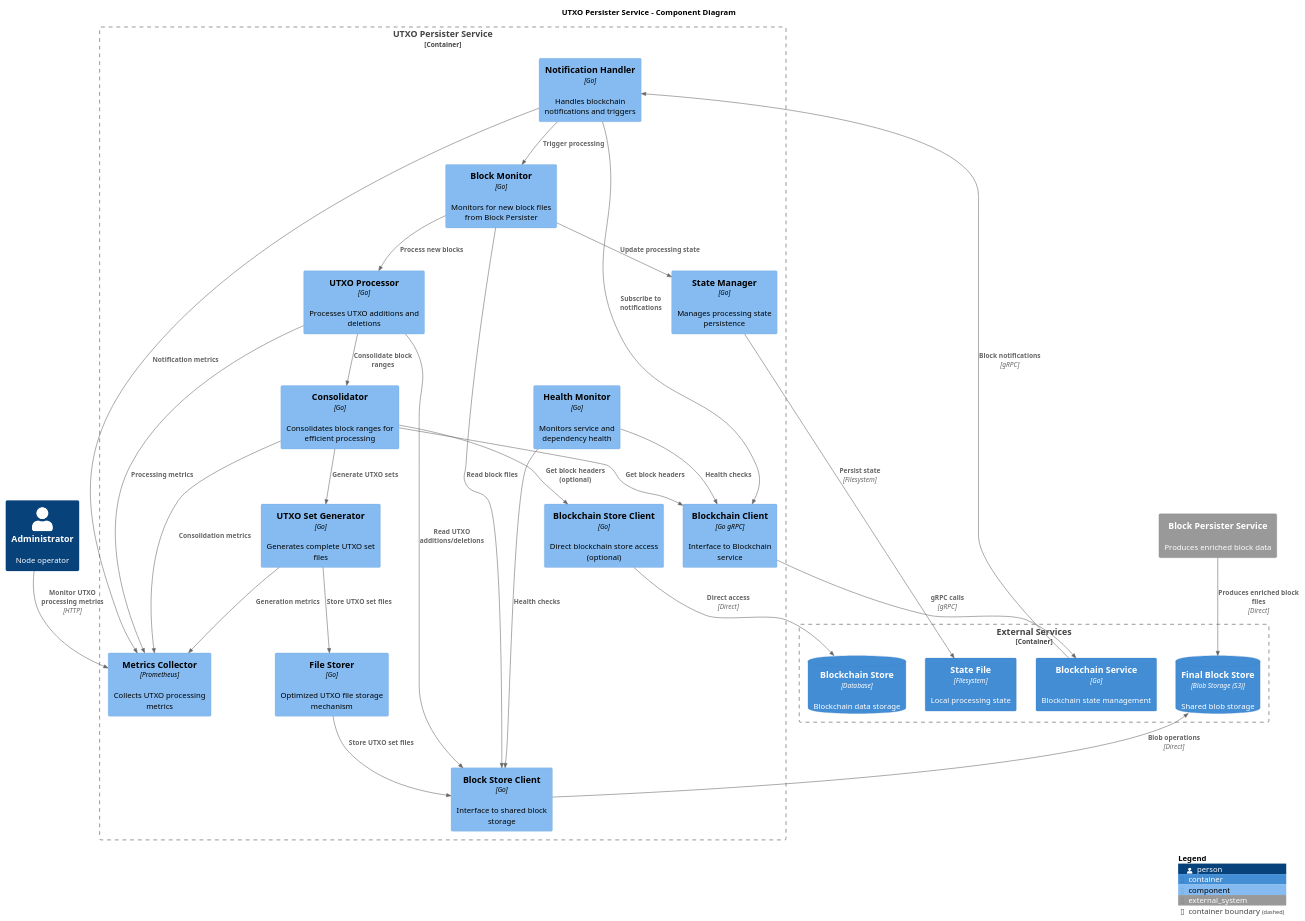
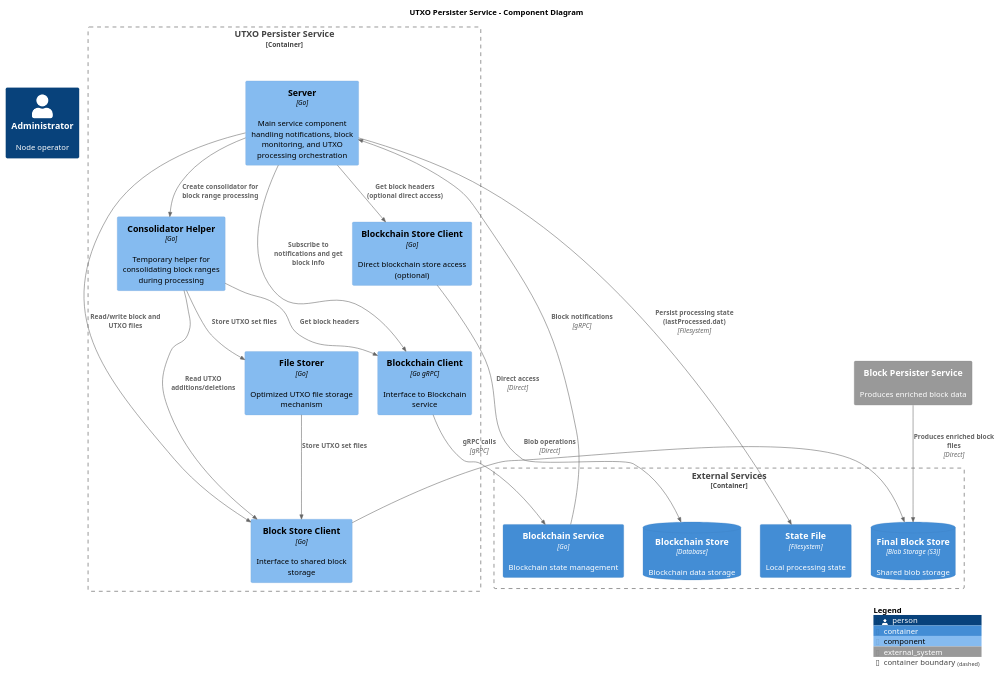
Before and after one commit to icellan/teranode: the diagram in topics/services/img/plantuml/utxopersister/utxo_persister_detailed_component.puml, drawn with PlantUML. The commit also changed 169 other files, not shown here.

```diff
--- a/topics/services/img/plantuml/utxopersister/utxo_persister_detailed_component.puml
+++ b/topics/services/img/plantuml/utxopersister/utxo_persister_detailed_component.puml
@@ -23,127 +23,85 @@
 @startuml UTXO_Persister_Component
 
 !include https://raw.githubusercontent.com/plantuml-stdlib/C4-PlantUML/master/C4_Component.puml
 
 title UTXO Persister Service - Component Diagram
 
 Container_Boundary(utxo_persister, "UTXO Persister Service") {
 
-Component(notification_handler, "Notification Handler", "Go", "Handles blockchain notifications and triggers")
+Component(server, "Server", "Go", "Main service component handling notifications, block monitoring, and UTXO processing orchestration")
 
-Component(block_monitor, "Block Monitor", "Go", "Monitors for new block files from Block Persister")
-
-Component(utxo_processor, "UTXO Processor", "Go", "Processes UTXO additions and deletions")
-
-Component(consolidator, "Consolidator", "Go", "Consolidates block ranges for efficient processing")
-
-Component(utxo_set_generator, "UTXO Set Generator", "Go", "Generates complete UTXO set files")
+Component(consolidator, "Consolidator Helper", "Go", "Temporary helper for consolidating block ranges during processing")
 
 
 
 Component(blockchain_client, "Blockchain Client", "Go gRPC", "Interface to Blockchain service")
 
 Component(blockchain_store_client, "Blockchain Store Client", "Go", "Direct blockchain store access (optional)")
 
 Component(block_store_client, "Block Store Client", "Go", "Interface to shared block storage")
 
 
 
-Component(state_manager, "State Manager", "Go", "Manages processing state persistence")
-
 Component(file_storer, "File Storer", "Go", "Optimized UTXO file storage mechanism")
-
-
-
-Component(metrics_collector, "Metrics Collector", "Prometheus", "Collects UTXO processing metrics")
-
-Component(health_monitor, "Health Monitor", "Go", "Monitors service and dependency health")
 
 }
 
 Container_Boundary(external_services, "External Services") {
 
 Container(blockchain, "Blockchain Service", "Go", "Blockchain state management")
 
 ContainerDb(block_store, "Final Block Store", "Blob Storage (S3)", "Shared blob storage")
 
 ContainerDb(blockchain_store, "Blockchain Store", "Database", "Blockchain data storage")
 
 Container(state_file, "State File", "Filesystem", "Local processing state")
 
 }
 
 Person(admin, "Administrator", "Node operator")
 
 System_Ext(block_persister, "Block Persister Service", "Produces enriched block data")
 
-' Notification and trigger flow
+' Notification and processing flow
 
-Rel(blockchain, notification_handler, "Block notifications", "gRPC")
+Rel(blockchain, server, "Block notifications", "gRPC")
 
-Rel(notification_handler, block_monitor, "Trigger processing")
+Rel(server, consolidator, "Create consolidator for block range processing")
 
-Rel(block_monitor, utxo_processor, "Process new blocks")
-
-' UTXO processing flow
-
-Rel(utxo_processor, consolidator, "Consolidate block ranges")
-
-Rel(consolidator, utxo_set_generator, "Generate UTXO sets")
-
-Rel(utxo_set_generator, file_storer, "Store UTXO set files")
+Rel(consolidator, file_storer, "Store UTXO set files")
 
 ' Data access
 
-Rel(notification_handler, blockchain_client, "Subscribe to notifications")
+Rel(server, blockchain_client, "Subscribe to notifications and get block info")
 
-Rel(consolidator, blockchain_store_client, "Get block headers (optional)")
+Rel(server, blockchain_store_client, "Get block headers (optional direct access)")
+
+Rel(server, block_store_client, "Read/write block and UTXO files")
 
 Rel(consolidator, blockchain_client, "Get block headers")
 
-Rel(block_monitor, block_store_client, "Read block files")
-
-Rel(utxo_processor, block_store_client, "Read UTXO additions/deletions")
+Rel(consolidator, block_store_client, "Read UTXO additions/deletions")
 
 Rel(file_storer, block_store_client, "Store UTXO set files")
 
 ' State management
 
-Rel(block_monitor, state_manager, "Update processing state")
-
-Rel(state_manager, state_file, "Persist state", "Filesystem")
+Rel(server, state_file, "Persist processing state (lastProcessed.dat)", "Filesystem")
 
 ' External service connections
 
 Rel(blockchain_client, blockchain, "gRPC calls", "gRPC")
 
 Rel(blockchain_store_client, blockchain_store, "Direct access", "Direct")
 
 Rel(block_store_client, block_store, "Blob operations", "Direct")
 
 ' Data flow from Block Persister
 
 Rel(block_persister, block_store, "Produces enriched block files", "Direct")
 
-' Administrative monitoring
-
-Rel(admin, metrics_collector, "Monitor UTXO processing metrics", "HTTP")
-
-' Health and monitoring
-
-Rel(health_monitor, blockchain_client, "Health checks")
-
-Rel(health_monitor, block_store_client, "Health checks")
-
-' Metrics collection
-
-Rel(notification_handler, metrics_collector, "Notification metrics")
-
-Rel(utxo_processor, metrics_collector, "Processing metrics")
-
-Rel(consolidator, metrics_collector, "Consolidation metrics")
-
-Rel(utxo_set_generator, metrics_collector, "Generation metrics")
+' Administrative monitoring (Server provides Health() method for health checks)
 
 SHOW_LEGEND()
 
 @enduml
```
